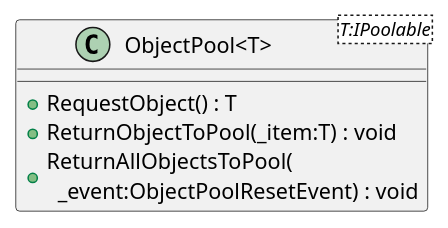
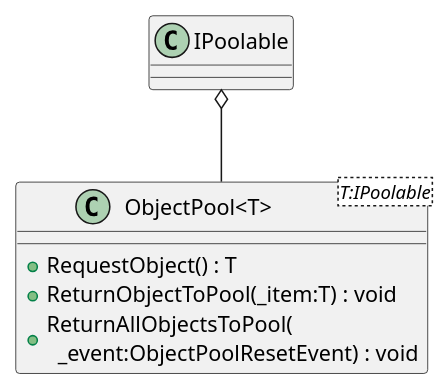
The diagram in Assets/UML/Scripts/_COMMON/ObjectPool.puml (hiroshi-mcbride/kmgdev-game-arch2), drawn with PlantUML before and after one commit. The commit also changed 30 other files, not shown here.

Commit message:
add IStateRunner fsm dependency. update uml

```diff
--- a/Assets/UML/Scripts/_COMMON/ObjectPool.puml
+++ b/Assets/UML/Scripts/_COMMON/ObjectPool.puml
@@ -1,7 +1,8 @@
 @startuml
 class "ObjectPool<T>"<T:IPoolable> {
     + RequestObject() : T
     + ReturnObjectToPool(_item:T) : void
     + ReturnAllObjectsToPool(\n  _event:ObjectPoolResetEvent) : void
 }
+IPoolable o-- "ObjectPool<T>"
 @enduml
```
